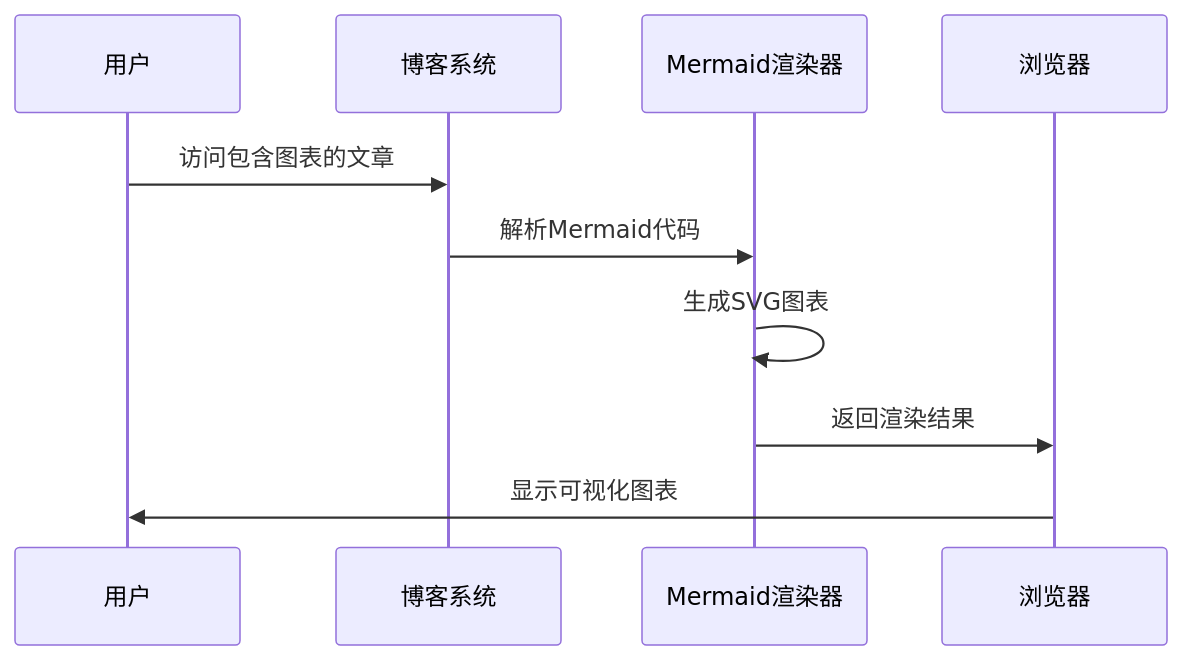
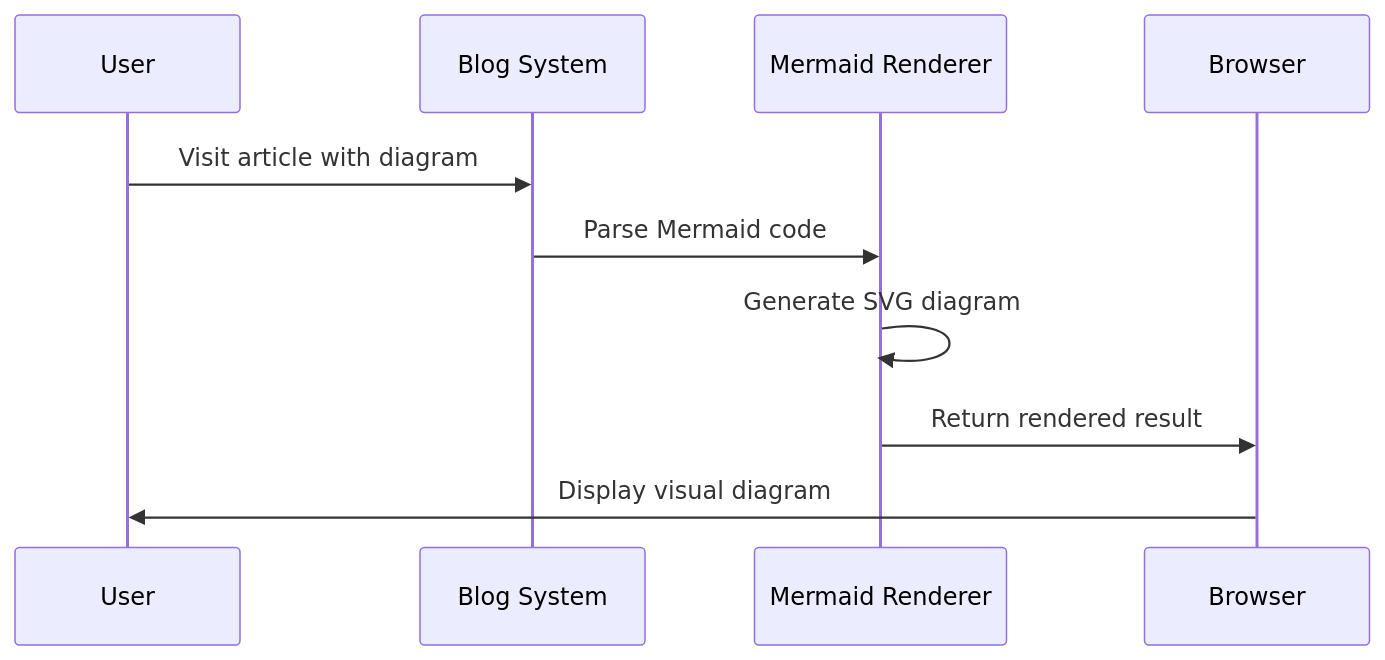
The second of 5 diagrams in content/mermaid-quick-start.mdx (zjy365/zjy365), drawn with Mermaid before and after one commit. The commit also changed other lines of this file and 11 other files, not shown here.

````diff
--- a/content/mermaid-quick-start.mdx
+++ b/content/mermaid-quick-start.mdx
@@ -41,13 +41,13 @@
 ```mermaid
 sequenceDiagram
-    participant 用户
-    participant 博客系统
-    participant Mermaid渲染器
-    participant 浏览器
+    participant User
+    participant Blog System
+    participant Mermaid Renderer
+    participant Browser
 
-    用户->>博客系统: 访问包含图表的文章
-    博客系统->>Mermaid渲染器: 解析Mermaid代码
-    Mermaid渲染器->>Mermaid渲染器: 生成SVG图表
-    Mermaid渲染器->>浏览器: 返回渲染结果
-    浏览器->>用户: 显示可视化图表
+    User->>Blog System: Visit article with diagram
+    Blog System->>Mermaid Renderer: Parse Mermaid code
+    Mermaid Renderer->>Mermaid Renderer: Generate SVG diagram
+    Mermaid Renderer->>Browser: Return rendered result
+    Browser->>User: Display visual diagram
 ```
````
